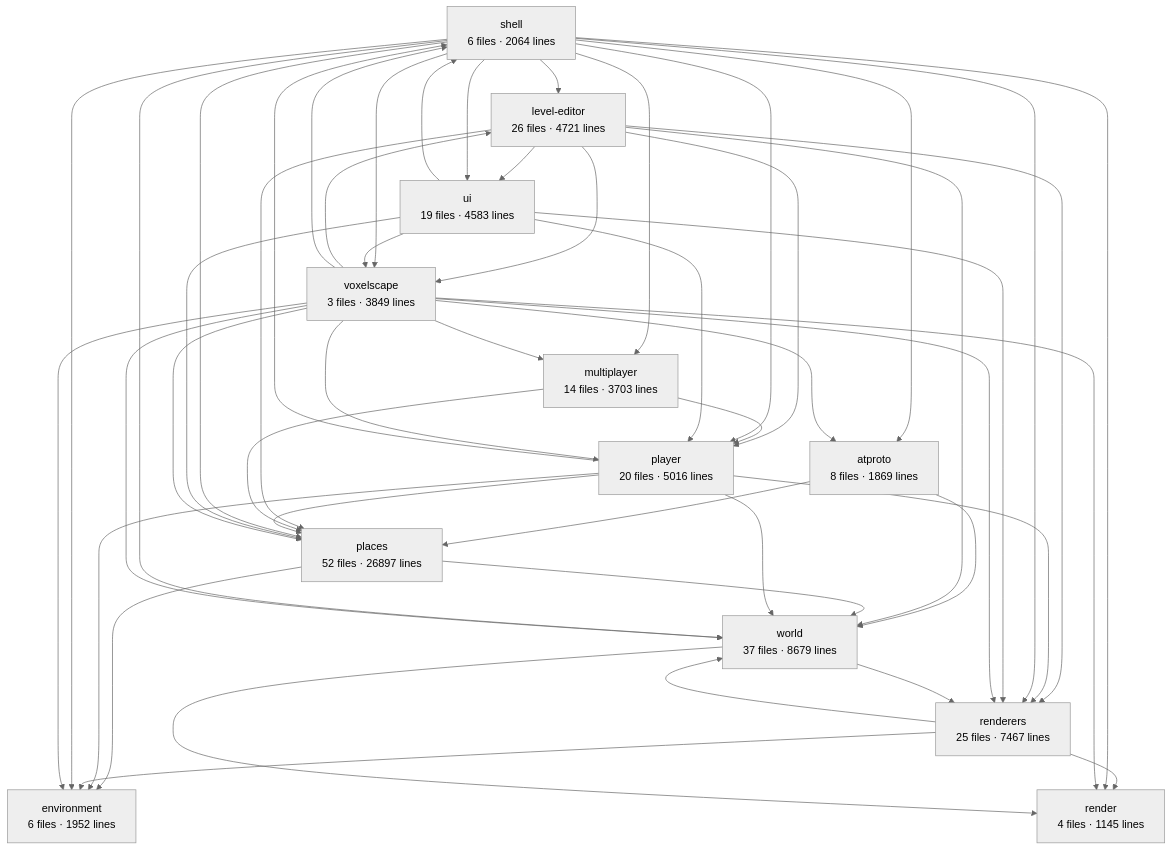
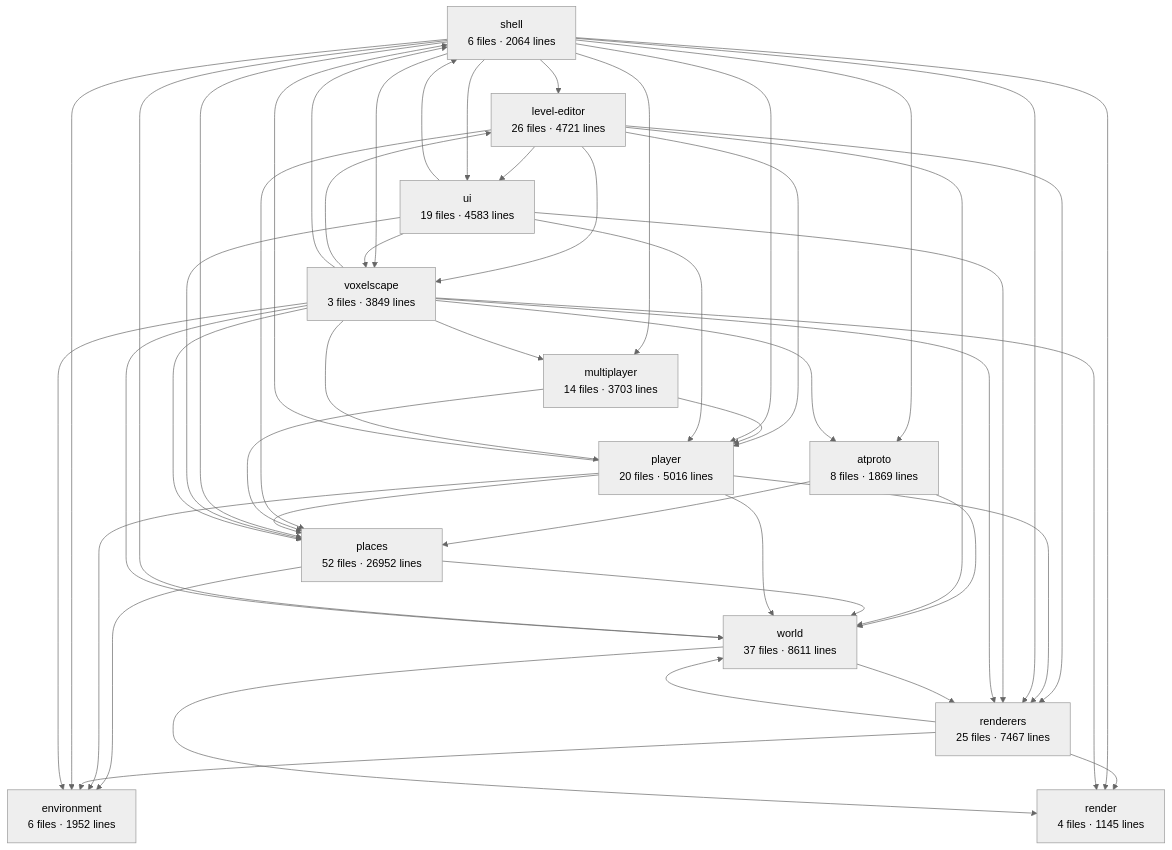
Before and after one commit to big-mesh-studios/big-mesh-studios: the diagram in apps/voxelscape/docs/architecture.md, drawn with Mermaid (neutral theme). The commit also changed other lines of this file and 1 other file, not shown here.

````diff
--- a/apps/voxelscape/docs/architecture.md
+++ b/apps/voxelscape/docs/architecture.md
@@ -6,63 +6,63 @@
 ```mermaid
 graph TD
   shell["shell<br/>6 files · 2064 lines"]
   voxelscape["voxelscape<br/>3 files · 3849 lines"]
-  world["world<br/>37 files · 8679 lines"]
+  world["world<br/>37 files · 8611 lines"]
   renderers["renderers<br/>25 files · 7467 lines"]
   render["render<br/>4 files · 1145 lines"]
   player["player<br/>20 files · 5016 lines"]
   multiplayer["multiplayer<br/>14 files · 3703 lines"]
-  places["places<br/>52 files · 26897 lines"]
+  places["places<br/>52 files · 26952 lines"]
   environment["environment<br/>6 files · 1952 lines"]
   atproto["atproto<br/>8 files · 1869 lines"]
   ui["ui<br/>19 files · 4583 lines"]
   level-editor["level-editor<br/>26 files · 4721 lines"]
   atproto --> places
   atproto --> world
   level-editor --> places
   level-editor --> player
   level-editor --> renderers
   level-editor --> ui
   level-editor --> voxelscape
   level-editor --> world
   multiplayer --> places
   multiplayer --> player
   places --> environment
   places --> world
   player --> environment
   player --> places
   player --> renderers
   player --> shell
   player --> world
   renderers --> environment
   renderers --> render
   renderers --> world
   shell --> atproto
   shell --> environment
   shell --> level-editor
   shell --> multiplayer
   shell --> places
   shell --> player
   shell --> render
   shell --> renderers
   shell --> ui
   shell --> voxelscape
   shell --> world
   ui --> places
   ui --> player
   ui --> renderers
   ui --> shell
   ui --> voxelscape
   voxelscape --> atproto
   voxelscape --> environment
   voxelscape --> level-editor
   voxelscape --> multiplayer
   voxelscape --> places
   voxelscape --> player
   voxelscape --> render
   voxelscape --> renderers
   voxelscape --> shell
   voxelscape --> world
   world --> render
   world --> renderers
 ```
````
